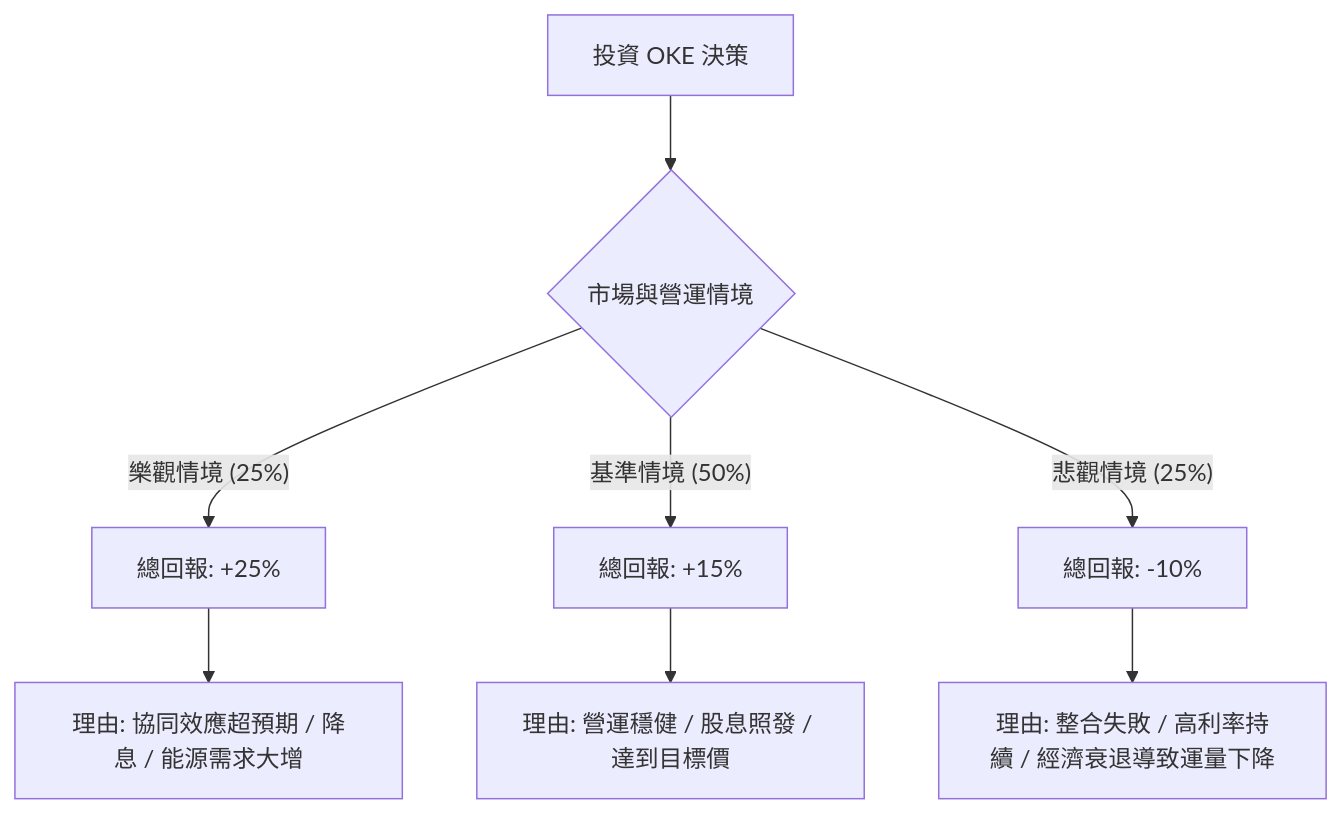
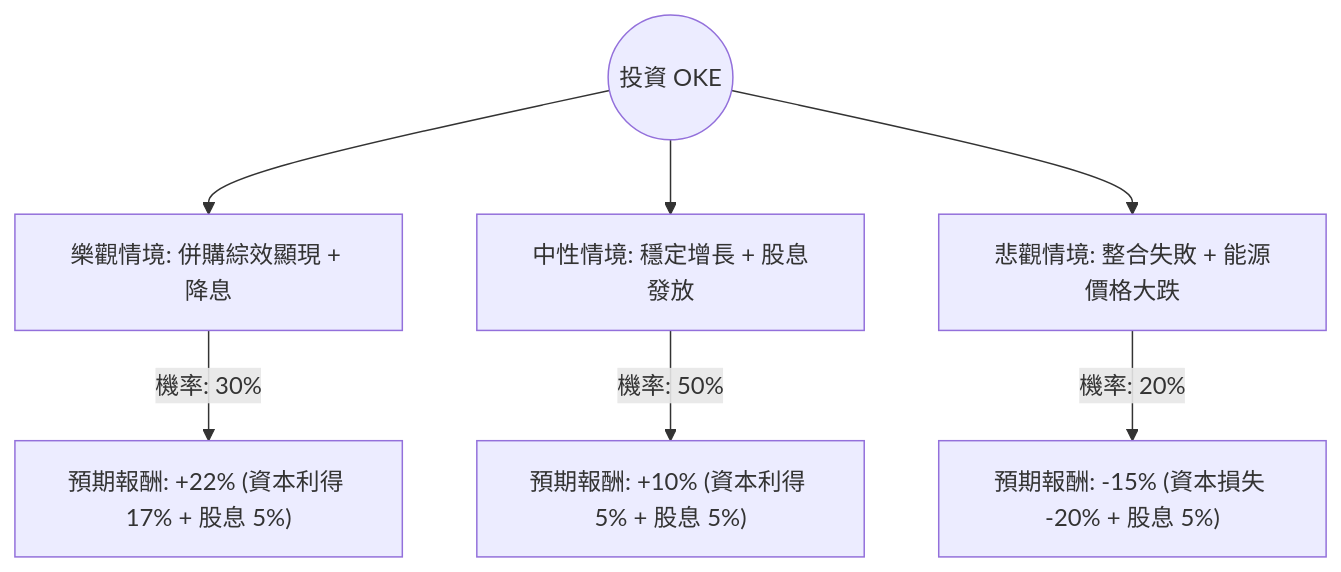
One commit to zmcx16/zmcx16.github.io changed the diagram in plugin-react/ai-analysis/ev-analysis/OKE.md. Above: the diagram before and after it, drawn with Mermaid. The commit also changed other lines of this file and 95 other files, not shown here.

````diff
--- a/plugin-react/ai-analysis/ev-analysis/OKE.md
+++ b/plugin-react/ai-analysis/ev-analysis/OKE.md
@@ -20,12 +20,10 @@
 ```mermaid
 graph TD
-    A[投資 OKE 決策] --> B{市場與營運情境}
-    
-    B -- 樂觀情境 (25%) --> C[總回報: +25%]
-    B -- 基準情境 (50%) --> D[總回報: +15%]
-    B -- 悲觀情境 (25%) --> E[總回報: -10%]
+    Start((投資 OKE)) --> Bull[樂觀情境: 併購綜效顯現 + 降息]
+    Start --> Base[中性情境: 穩定增長 + 股息發放]
+    Start --> Bear[悲觀情境: 整合失敗 + 能源價格大跌]
 
-    C --> C1[理由: 協同效應超預期 / 降息 / 能源需求大增]
-    D --> D1[理由: 營運穩健 / 股息照發 / 達到目標價]
-    E --> E1[理由: 整合失敗 / 高利率持續 / 經濟衰退導致運量下降]
+    Bull -- "機率: 30%" --> BullVal["預期報酬: +22% (資本利得 17% + 股息 5%)"]
+    Base -- "機率: 50%" --> BaseVal["預期報酬: +10% (資本利得 5% + 股息 5%)"]
+    Bear -- "機率: 20%" --> BearVal["預期報酬: -15% (資本損失 -20% + 股息 5%)"]
 ```
````
